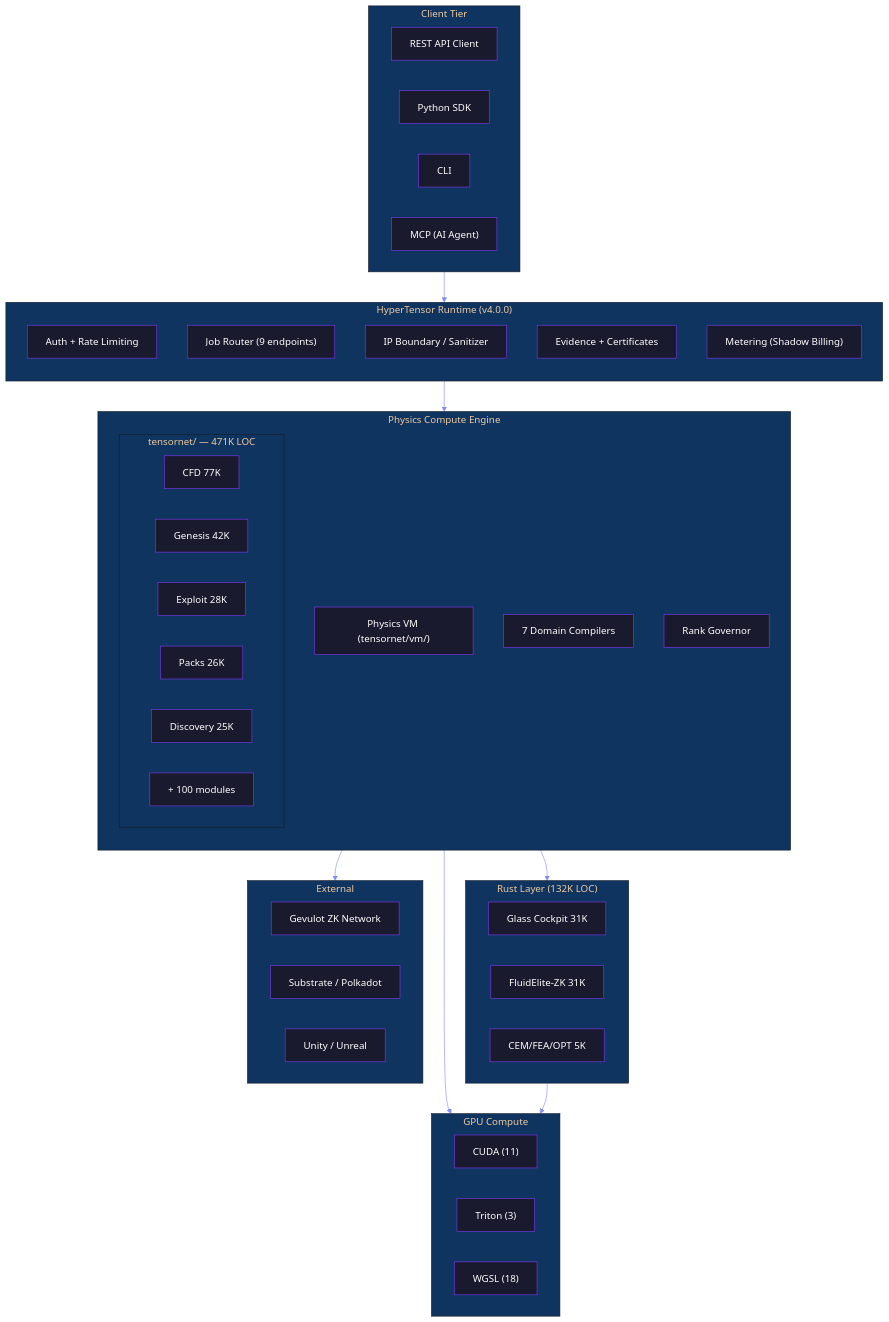
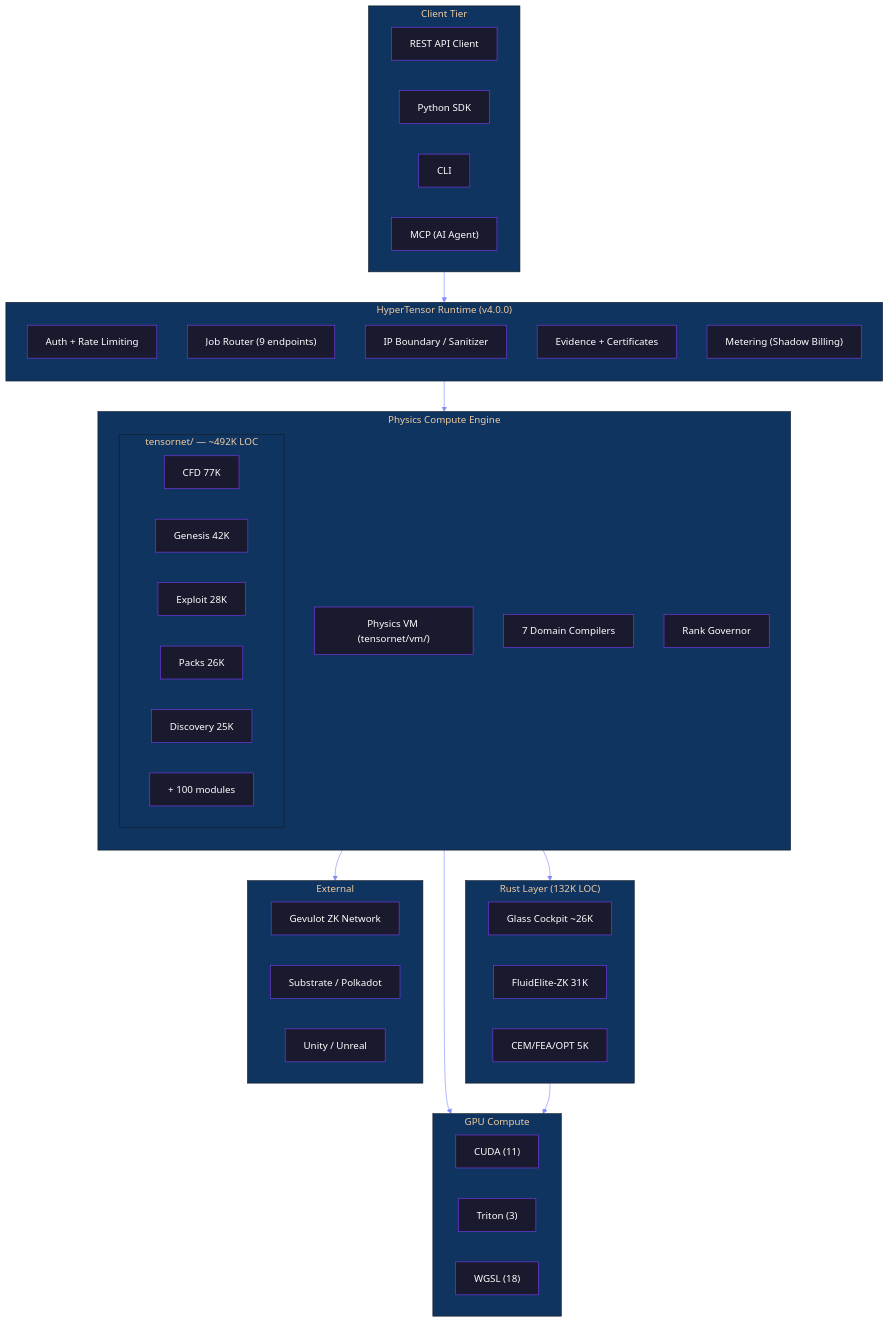
The diagram in PLATFORM_SPECIFICATION.md (tigantic/physics-os), drawn with Mermaid before and after one commit. The commit also changed other lines of this file and 1 other file, not shown here.

````diff
--- a/PLATFORM_SPECIFICATION.md
+++ b/PLATFORM_SPECIFICATION.md
@@ -891,63 +893,63 @@
 ```mermaid
 %%{init: {'theme': 'base', 'themeVariables': { 'primaryColor': '#1a1a2e', 'primaryTextColor': '#fff', 'primaryBorderColor': '#7c3aed', 'lineColor': '#818cf8', 'secondaryColor': '#16213e', 'tertiaryColor': '#0f3460'}}}%%
 flowchart TB
     subgraph clients["Client Tier"]
         direction LR
         api_client["REST API Client"]
         sdk_client["Python SDK"]
         cli_client["CLI"]
         mcp_client["MCP (AI Agent)"]
     end
 
     subgraph product["HyperTensor Runtime (v4.0.0)"]
         direction TB
         auth["Auth + Rate Limiting"]
         router["Job Router (9 endpoints)"]
         sanitizer["IP Boundary / Sanitizer"]
         evidence["Evidence + Certificates"]
         metering["Metering (Shadow Billing)"]
     end
 
     subgraph engine["Physics Compute Engine"]
         direction TB
         vm["Physics VM (tensornet/vm/)"]
         compilers["7 Domain Compilers"]
         rank_gov["Rank Governor"]
-        subgraph physics["tensornet/ — 471K LOC"]
+        subgraph physics["tensornet/ — ~492K LOC"]
             direction LR
             cfd["CFD 77K"]
             genesis["Genesis 42K"]
             exploit["Exploit 28K"]
             packs_mod["Packs 26K"]
             discover["Discovery 25K"]
             more_mods["+ 100 modules"]
         end
     end
 
     subgraph rust["Rust Layer (132K LOC)"]
         direction LR
-        gc["Glass Cockpit 31K"]
+        gc["Glass Cockpit ~26K"]
         fez["FluidElite-ZK 31K"]
         cem_fea["CEM/FEA/OPT 5K"]
     end
 
     subgraph gpu["GPU Compute"]
         cuda["CUDA (11)"]
         triton["Triton (3)"]
         wgsl["WGSL (18)"]
     end
 
     subgraph external["External"]
         direction LR
         gevulot["Gevulot ZK Network"]
         blockchain["Substrate / Polkadot"]
         game_eng["Unity / Unreal"]
     end
 
     clients --> product
     product --> engine
     engine --> rust
     engine --> gpu
     rust --> gpu
     engine --> external
 ```
````
